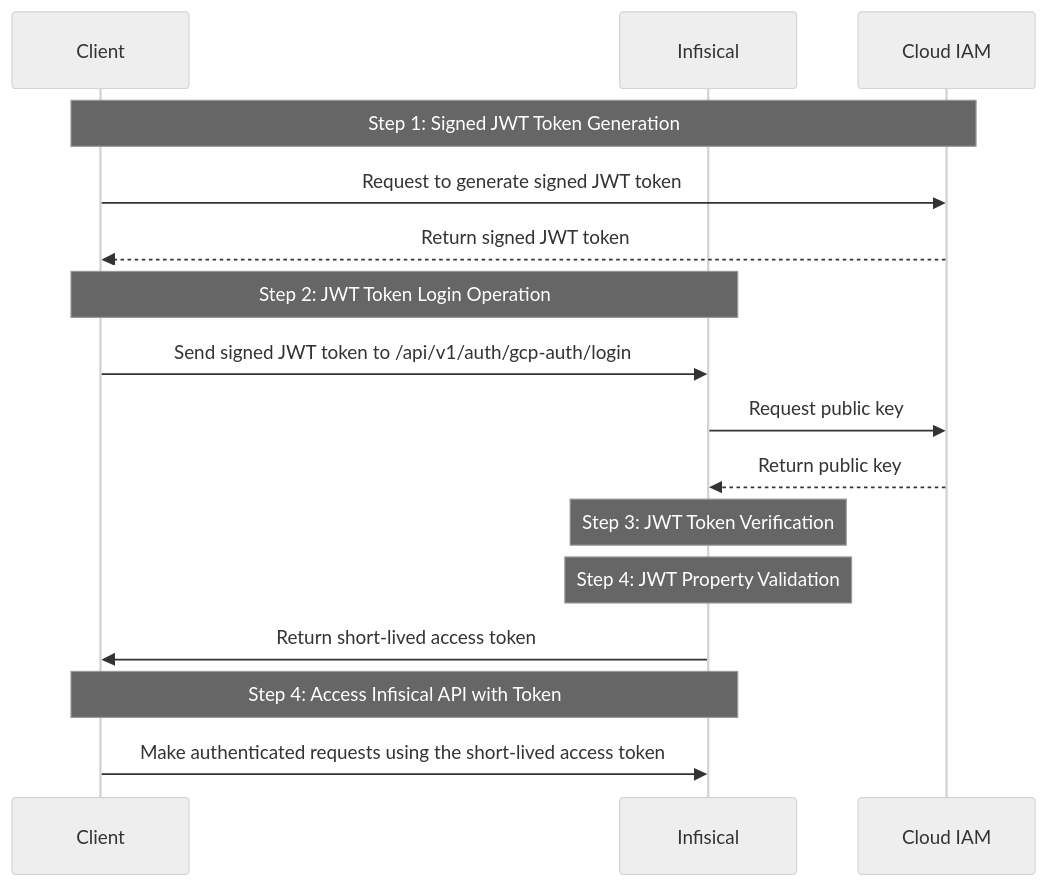
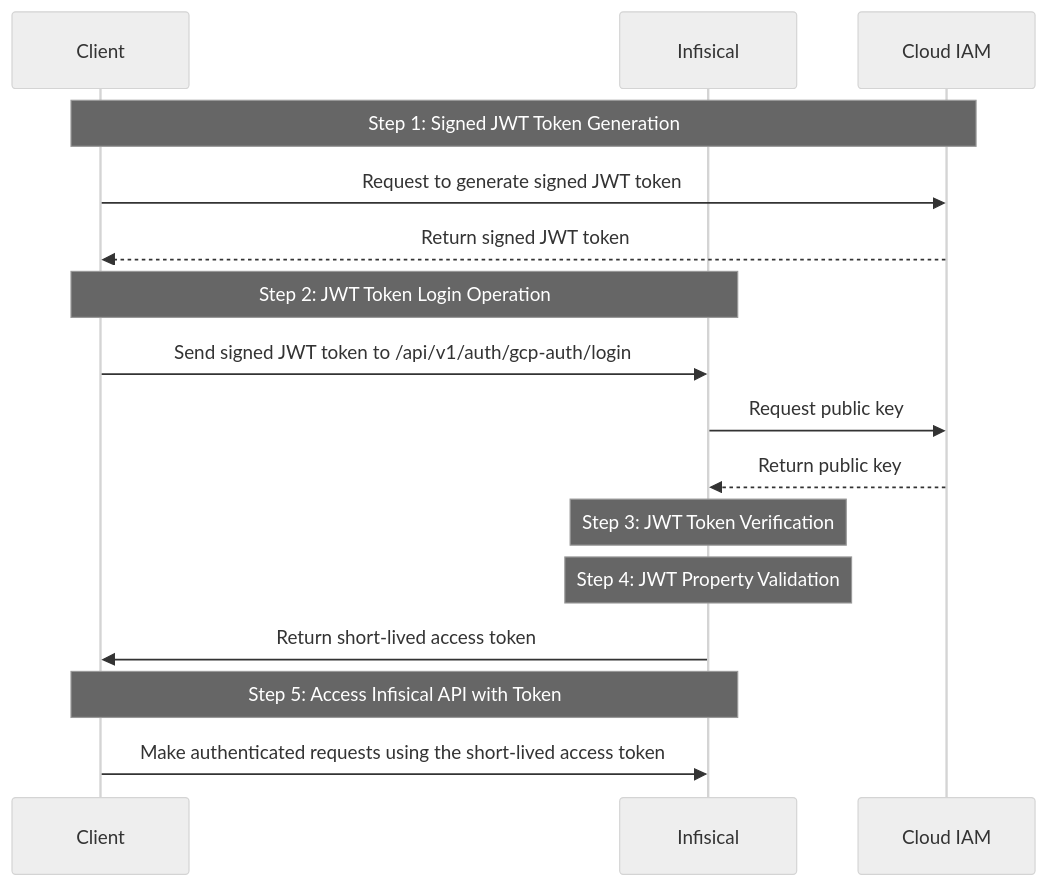
The first of 2 diagrams in docs/documentation/platform/identities/gcp-auth.mdx (Infisical/infisical), drawn with Mermaid (neutral theme) before and after one commit. The commit also changed other lines of this file and 3 other files, not shown here.

````diff
--- a/docs/documentation/platform/identities/gcp-auth.mdx
+++ b/docs/documentation/platform/identities/gcp-auth.mdx
@@ -18,22 +18,22 @@
 ```mermaid
 sequenceDiagram
   participant GCE as Client
   participant Infis as Infisical
   participant Google as Cloud IAM
 
   Note over GCE,Google: Step 1: Signed JWT Token Generation
   GCE->>Google: Request to generate signed JWT token
   Google-->>GCE: Return signed JWT token
 
   Note over GCE,Infis: Step 2: JWT Token Login Operation
   GCE->>Infis: Send signed JWT token to /api/v1/auth/gcp-auth/login
   Infis->>Google: Request public key
   Google-->>Infis: Return public key
 
   Note over Infis: Step 3: JWT Token Verification
   Note over Infis: Step 4: JWT Property Validation
   Infis->>GCE: Return short-lived access token
 
-  Note over GCE,Infis: Step 4: Access Infisical API with Token
+  Note over GCE,Infis: Step 5: Access Infisical API with Token
   GCE->>Infis: Make authenticated requests using the short-lived access token
 ```
````
